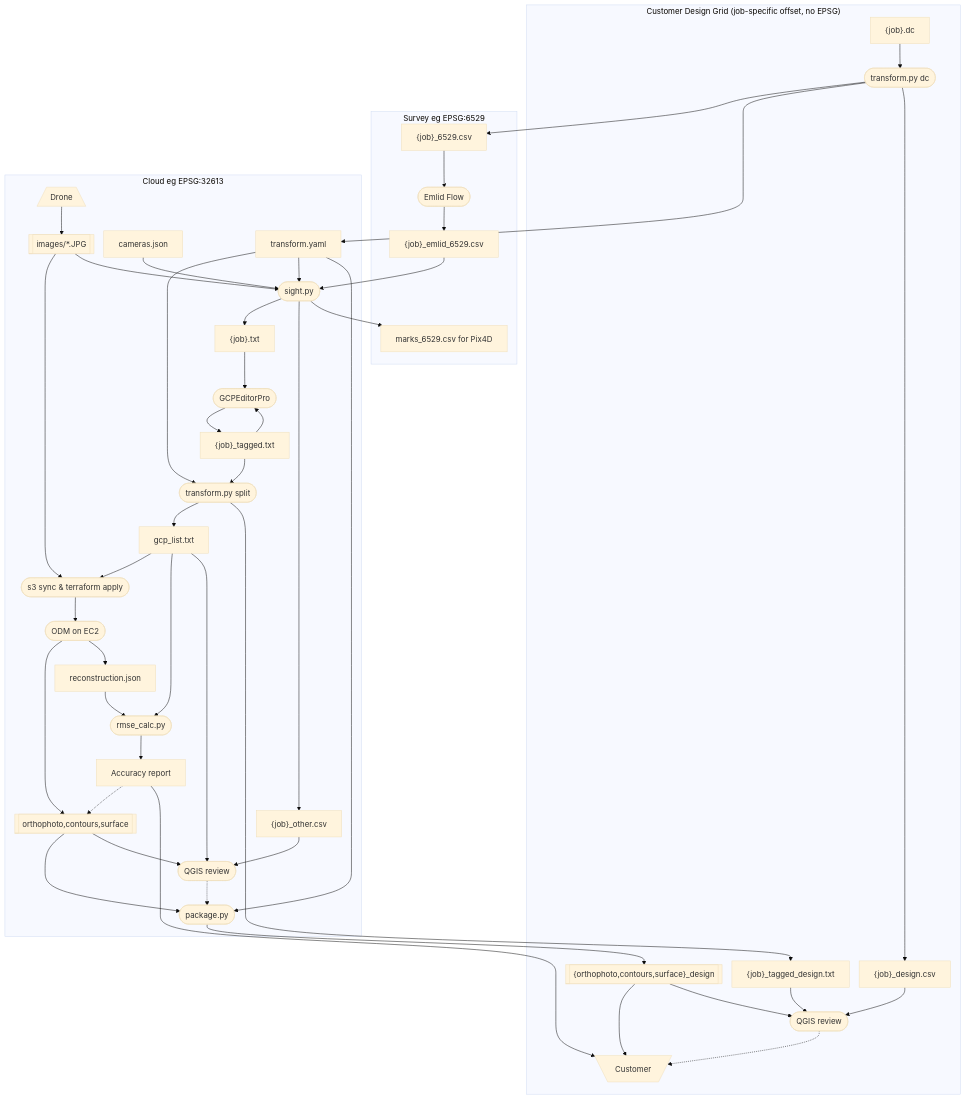
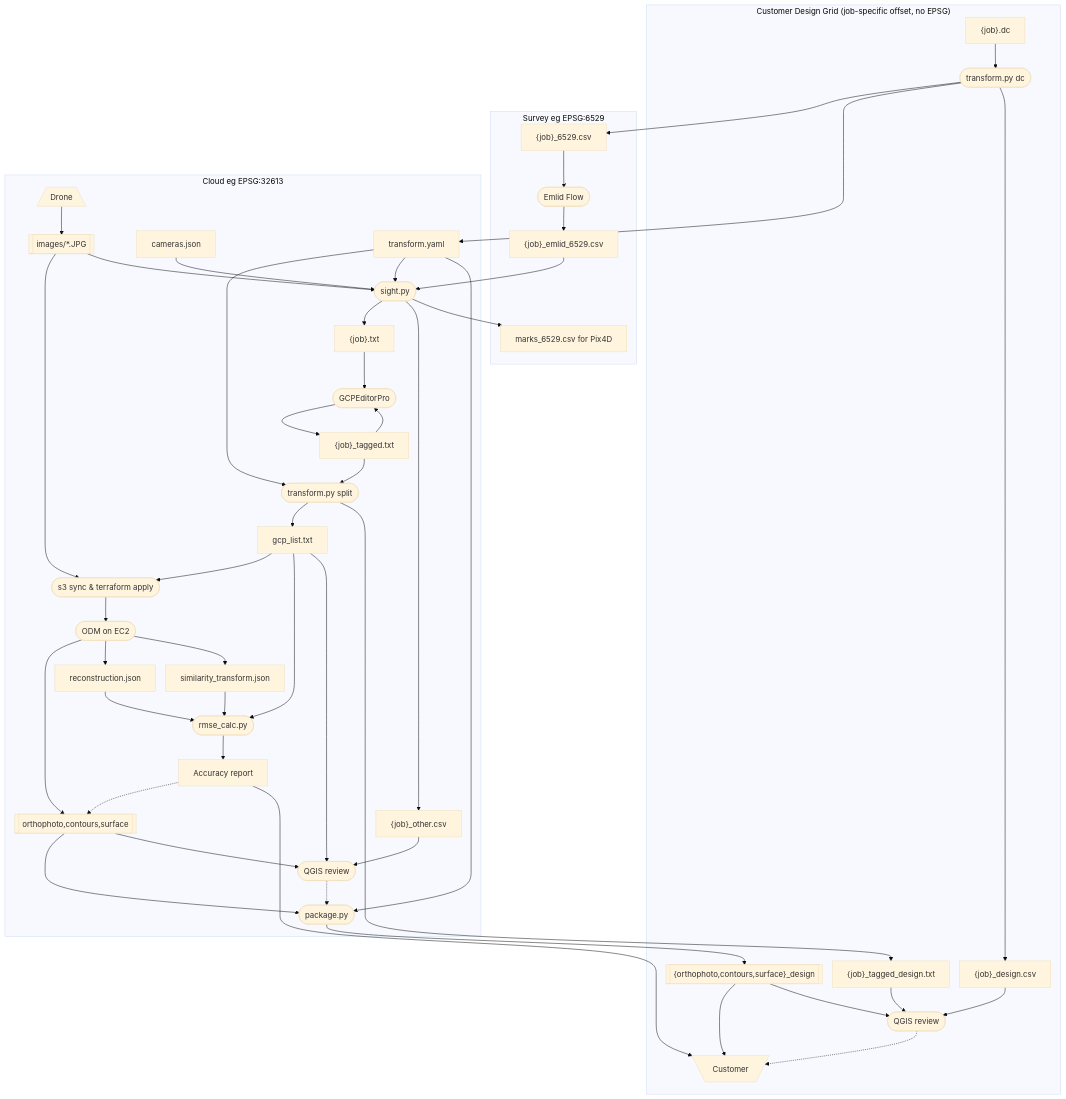
The diagram in docs/odm-workflow.md (jrstear/geo), drawn with Mermaid before and after one commit.

Commit message:
docs: add similarity_transform.json to workflow diagram
Shows ODM → similarity_transform.json → rmse_calc.py data flow.

```diff
--- a/docs/odm-workflow.md
+++ b/docs/odm-workflow.md
@@ -36,6 +36,7 @@
     delivered[["{orthophoto,contours,surface}_design"]]
     report["Accuracy report"]
     model["reconstruction.json"]
+    sim_transform["similarity_transform.json"]
     customer[\"Customer"/]
     qgis_cloud(["QGIS review"])
     qgis_design(["QGIS review"])
@@ -72,6 +73,7 @@
         odm
         deliverables
         model
+        sim_transform
         rmse
         report
         packager
@@ -104,8 +106,10 @@
     control --> s3
     s3 --> odm --> deliverables
     odm --> model
+    odm --> sim_transform
     control --> rmse
     model --> rmse
+    sim_transform --> rmse
     rmse --> report
     transform_yaml --> packager
     deliverables --> packager
```
